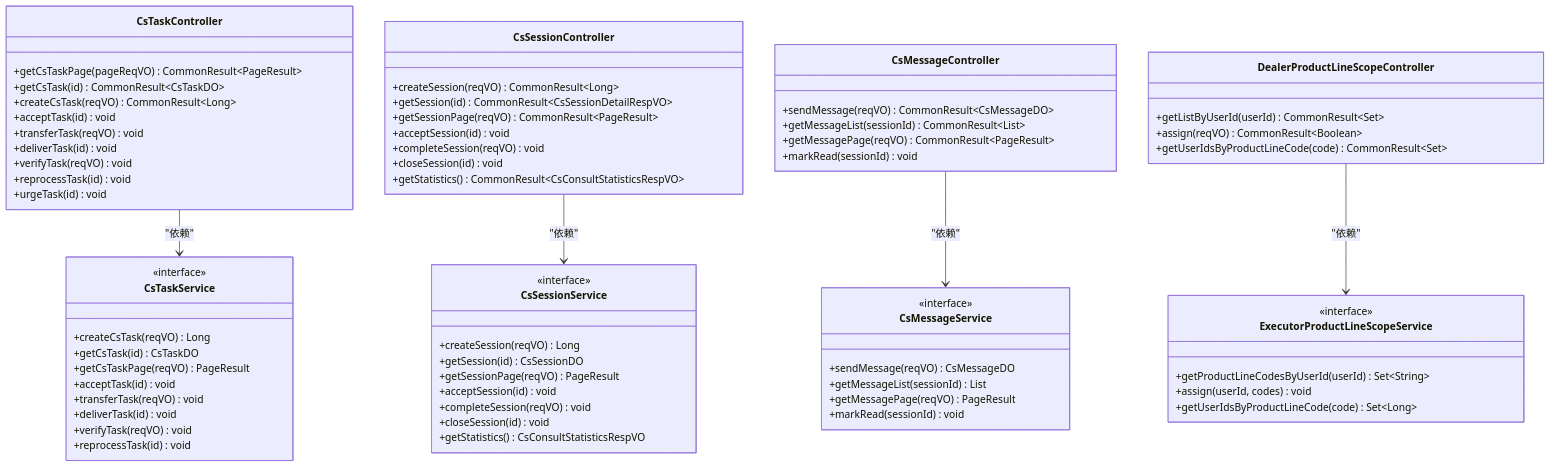
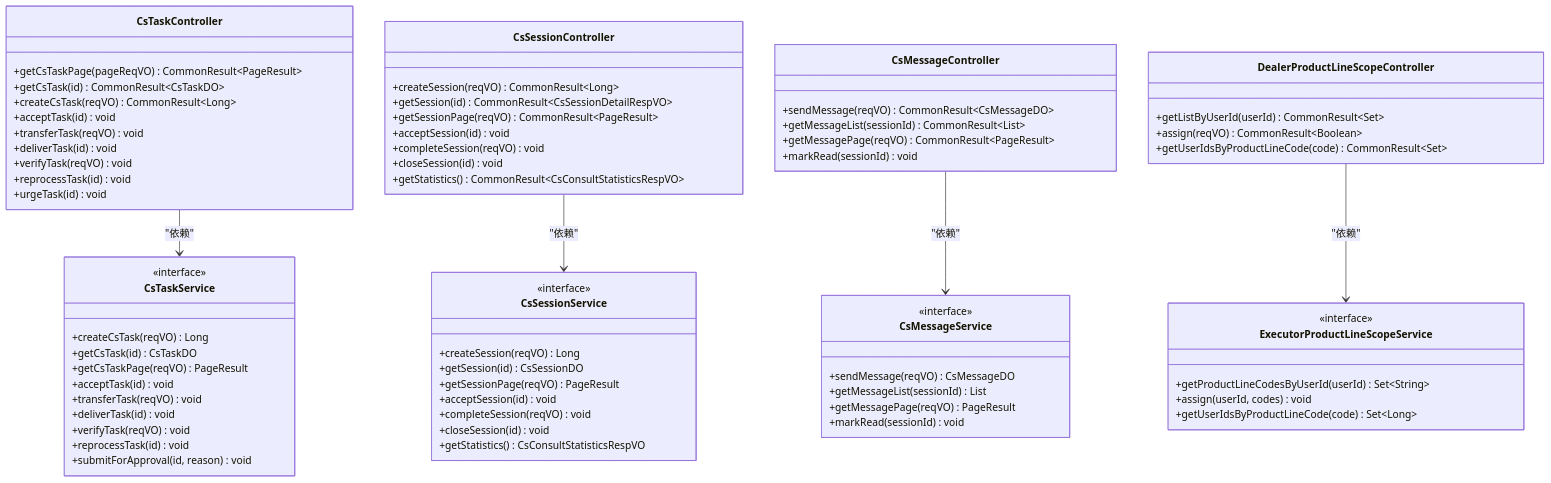
Before and after one commit to xiaoche80s-tech/rouyi-vue-pro: the third of 40 diagrams in .qoder/repowiki/zh/content/核心模块/客户服务模块.md, drawn with Mermaid. The commit also changed other lines of this file and 621 other files, not shown here.

````diff
--- a/.qoder/repowiki/zh/content/核心模块/客户服务模块.md
+++ b/.qoder/repowiki/zh/content/核心模块/客户服务模块.md
@@ -328,72 +361,73 @@
 ```mermaid
 classDiagram
 class CsTaskController {
 +getCsTaskPage(pageReqVO) CommonResult~PageResult~
 +getCsTask(id) CommonResult~CsTaskDO~
 +createCsTask(reqVO) CommonResult~Long~
 +acceptTask(id) void
 +transferTask(reqVO) void
 +deliverTask(id) void
 +verifyTask(reqVO) void
 +reprocessTask(id) void
 +urgeTask(id) void
 }
 class CsSessionController {
 +createSession(reqVO) CommonResult~Long~
 +getSession(id) CommonResult~CsSessionDetailRespVO~
 +getSessionPage(reqVO) CommonResult~PageResult~
 +acceptSession(id) void
 +completeSession(reqVO) void
 +closeSession(id) void
 +getStatistics() CommonResult~CsConsultStatisticsRespVO~
 }
 class CsMessageController {
 +sendMessage(reqVO) CommonResult~CsMessageDO~
 +getMessageList(sessionId) CommonResult~List~
 +getMessagePage(reqVO) CommonResult~PageResult~
 +markRead(sessionId) void
 }
 class DealerProductLineScopeController {
 +getListByUserId(userId) CommonResult~Set~
 +assign(reqVO) CommonResult~Boolean~
 +getUserIdsByProductLineCode(code) CommonResult~Set~
 }
 class CsTaskService {
 <<interface>>
 +createCsTask(reqVO) Long
 +getCsTask(id) CsTaskDO
 +getCsTaskPage(reqVO) PageResult
 +acceptTask(id) void
 +transferTask(reqVO) void
 +deliverTask(id) void
 +verifyTask(reqVO) void
 +reprocessTask(id) void
++submitForApproval(id, reason) void
 }
 class CsSessionService {
 <<interface>>
 +createSession(reqVO) Long
 +getSession(id) CsSessionDO
 +getSessionPage(reqVO) PageResult
 +acceptSession(id) void
 +completeSession(reqVO) void
 +closeSession(id) void
 +getStatistics() CsConsultStatisticsRespVO
 }
 class CsMessageService {
 <<interface>>
 +sendMessage(reqVO) CsMessageDO
 +getMessageList(sessionId) List
 +getMessagePage(reqVO) PageResult
 +markRead(sessionId) void
 }
 class ExecutorProductLineScopeService {
 <<interface>>
 +getProductLineCodesByUserId(userId) Set~String~
 +assign(userId, codes) void
 +getUserIdsByProductLineCode(code) Set~Long~
 }
 CsTaskController --> CsTaskService : "依赖"
 CsSessionController --> CsSessionService : "依赖"
 CsMessageController --> CsMessageService : "依赖"
 DealerProductLineScopeController --> ExecutorProductLineScopeService : "依赖"
 ```
````
